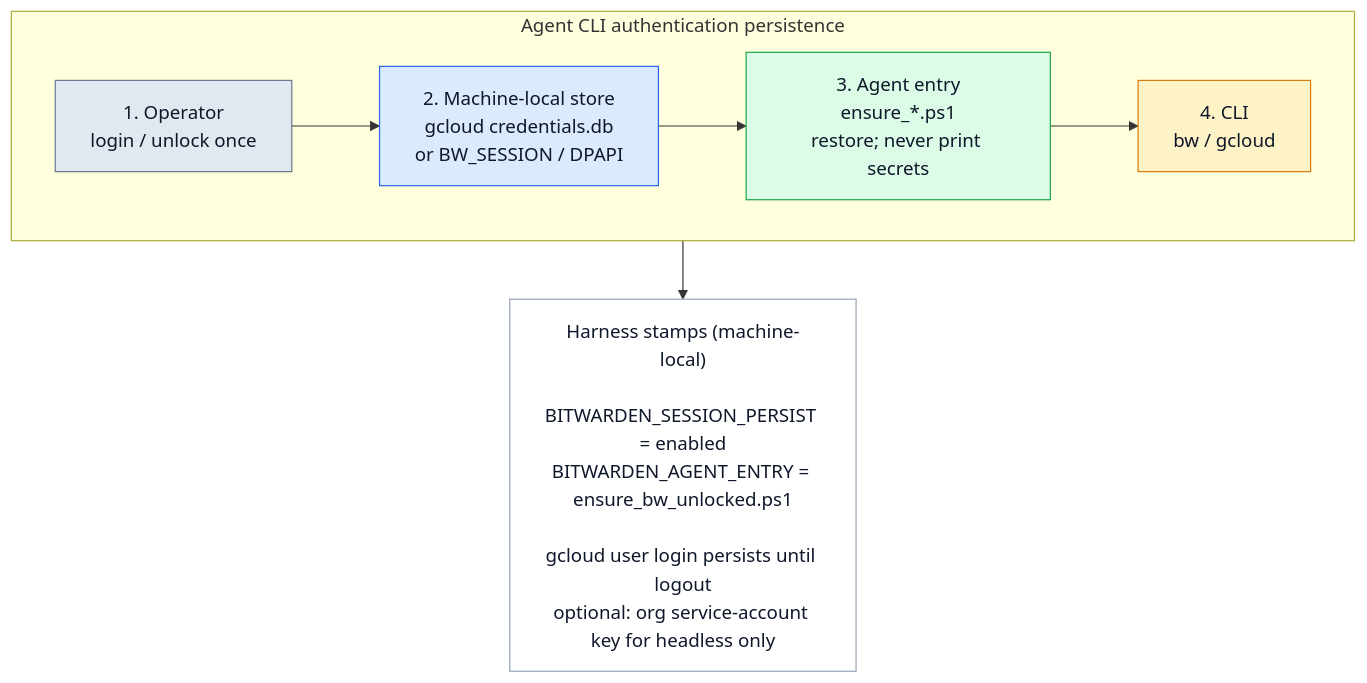
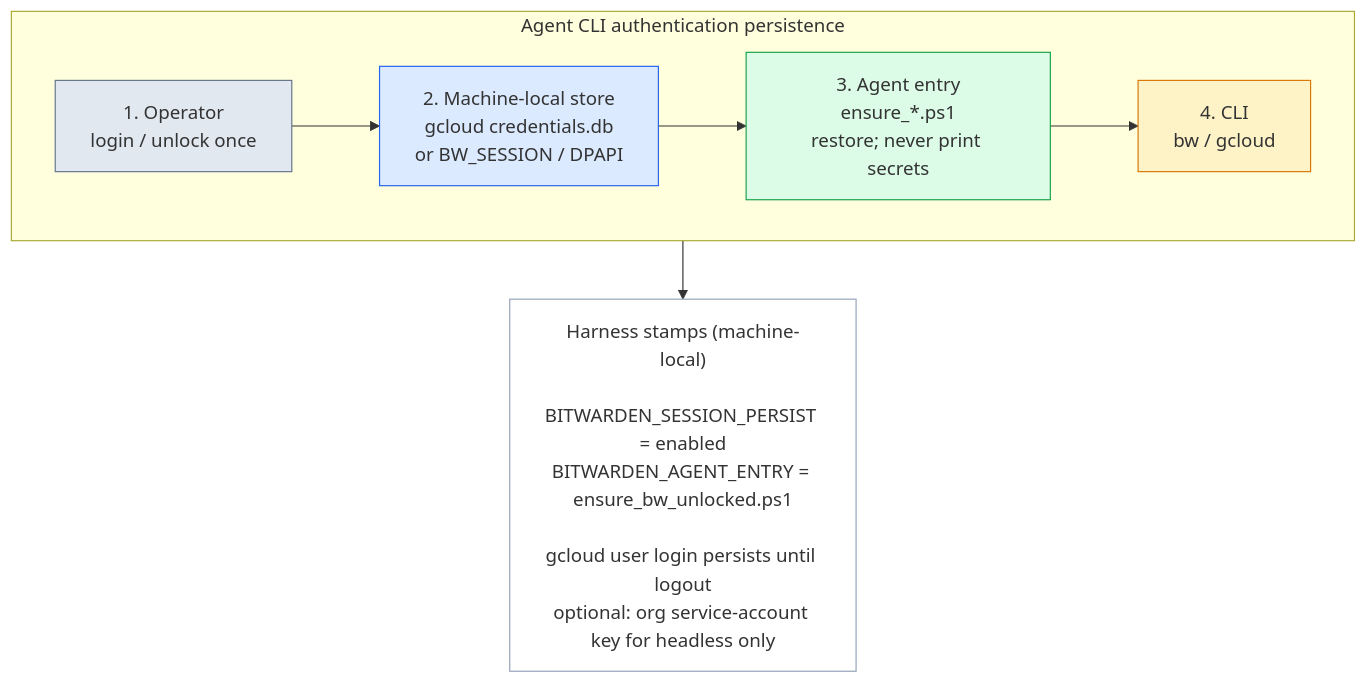
Before and after one commit to dev-centr/agent-rules: the diagram in docs/modules/ROOT/images/agent-cli-auth-flow.mmd, drawn with Mermaid. The commit also changed 5 other files, not shown here.

Commit message:
Bind Mermaid text to semantic theme tokens.

```diff
--- a/docs/modules/ROOT/images/agent-cli-auth-flow.mmd
+++ b/docs/modules/ROOT/images/agent-cli-auth-flow.mmd
@@ -1,26 +1,26 @@
 flowchart TB
   accTitle: Agent CLI auth persistence flow
   accDescr: The operator logs in once, the machine stores credentials, the agent entry script restores the session without printing secrets, and CLI commands use the active account.
 
   subgraph FLOW["Agent CLI authentication persistence"]
     direction LR
     OPERATOR["1. Operator<br/>login / unlock once"]
     STORE["2. Machine-local store<br/>gcloud credentials.db<br/>or BW_SESSION / DPAPI"]
     ENTRY["3. Agent entry<br/>ensure_*.ps1<br/>restore; never print secrets"]
     CLI["4. CLI<br/>bw / gcloud"]
     OPERATOR --> STORE --> ENTRY --> CLI
   end
 
   STAMPS["Harness stamps (machine-local)<br/><br/>BITWARDEN_SESSION_PERSIST = enabled<br/>BITWARDEN_AGENT_ENTRY = ensure_bw_unlocked.ps1<br/><br/>gcloud user login persists until logout<br/>optional: org service-account key for headless only"]
   FLOW --> STAMPS
 
-  classDef operator fill:#e2e8f0,stroke:#64748b,color:#0f172a
-  classDef store fill:#dbeafe,stroke:#2563eb,color:#0f172a
-  classDef entry fill:#dcfce7,stroke:#16a34a,color:#0f172a
-  classDef cli fill:#fef3c7,stroke:#d97706,color:#0f172a
-  classDef stamps fill:#ffffff,stroke:#94a3b8,color:#0f172a
+  classDef operator fill:#e2e8f0,stroke:#64748b
+  classDef store fill:#dbeafe,stroke:#2563eb
+  classDef entry fill:#dcfce7,stroke:#16a34a
+  classDef cli fill:#fef3c7,stroke:#d97706
+  classDef stamps fill:#ffffff,stroke:#94a3b8
   class OPERATOR operator
   class STORE store
   class ENTRY entry
   class CLI cli
   class STAMPS stamps
```
